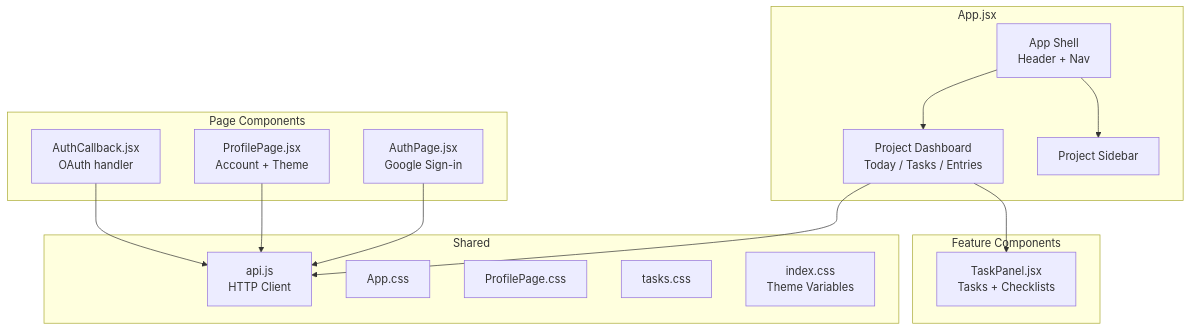
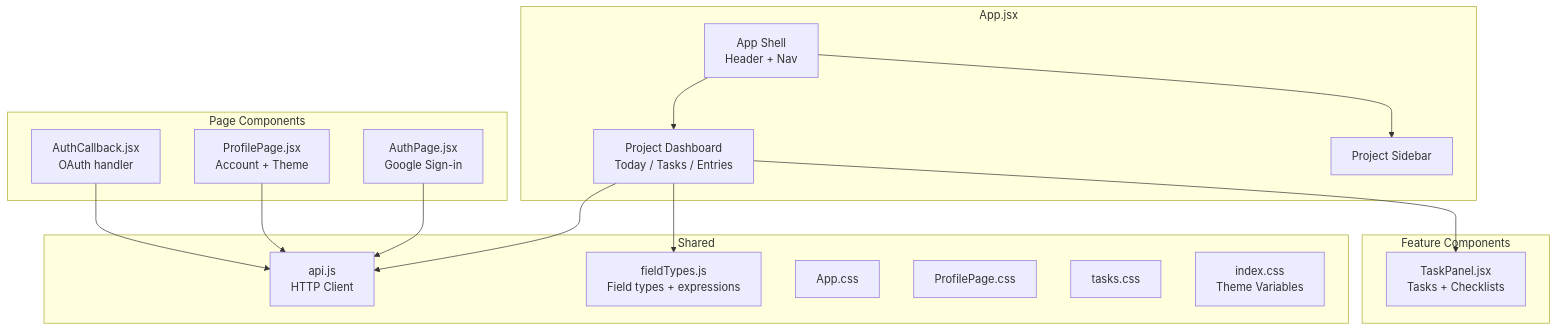
The first of 3 diagrams in docs/architecture/frontend.md (IcedMallard4334/Chronicles-Logbook), drawn with Mermaid before and after one commit. The commit also changed other lines of this file and 9 other files, not shown here.

First line of the commit message:
docs(schema): document rich field types and schema editing

````diff
--- a/docs/architecture/frontend.md
+++ b/docs/architecture/frontend.md
@@ -9,34 +9,36 @@
 ```mermaid
 graph TB
     subgraph App["App.jsx"]
         Shell[App Shell<br/>Header + Nav]
         Dashboard[Project Dashboard<br/>Today / Tasks / Entries]
         Sidebar[Project Sidebar]
     end
 
     subgraph Pages["Page Components"]
         Auth[AuthPage.jsx<br/>Google Sign-in]
         Callback[AuthCallback.jsx<br/>OAuth handler]
         Profile[ProfilePage.jsx<br/>Account + Theme]
     end
 
     subgraph Features["Feature Components"]
         TaskPanel[TaskPanel.jsx<br/>Tasks + Checklists]
     end
 
     subgraph Shared["Shared"]
         API[api.js<br/>HTTP Client]
+        Fields[fieldTypes.js<br/>Field types + expressions]
         CSS_App[App.css]
         CSS_Profile[ProfilePage.css]
         CSS_Tasks[tasks.css]
         CSS_Index[index.css<br/>Theme Variables]
     end
 
     Shell --> Dashboard
     Shell --> Sidebar
     Dashboard --> TaskPanel
     Dashboard --> API
+    Dashboard --> Fields
     Auth --> API
     Profile --> API
     Callback --> API
 ```
````
